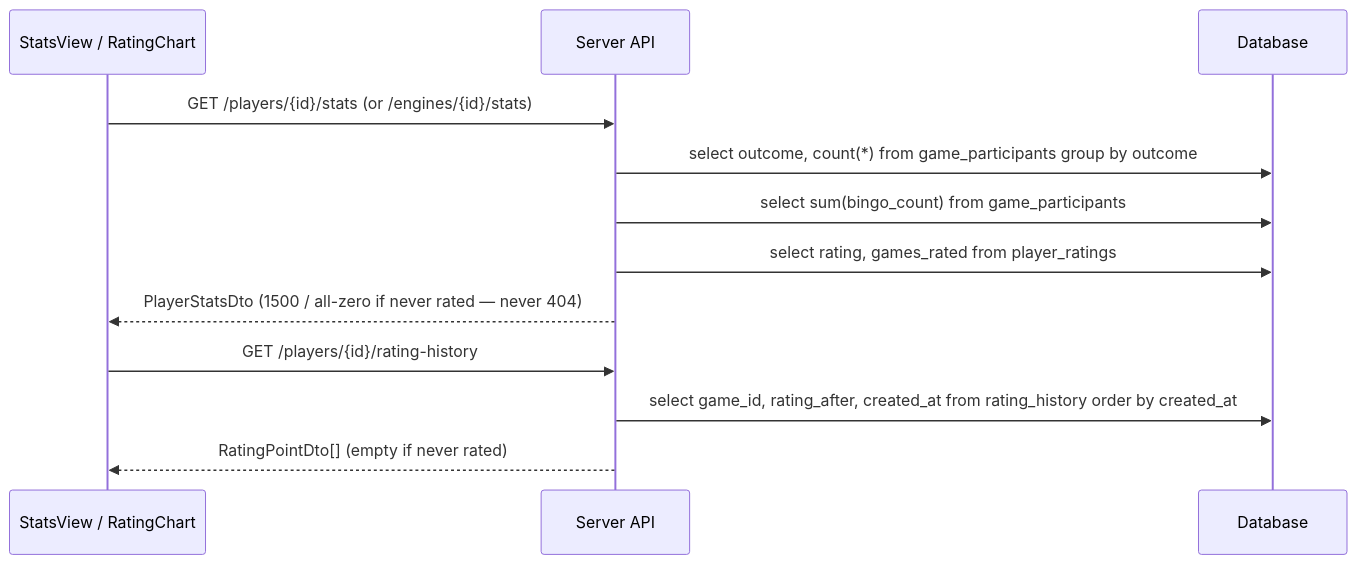
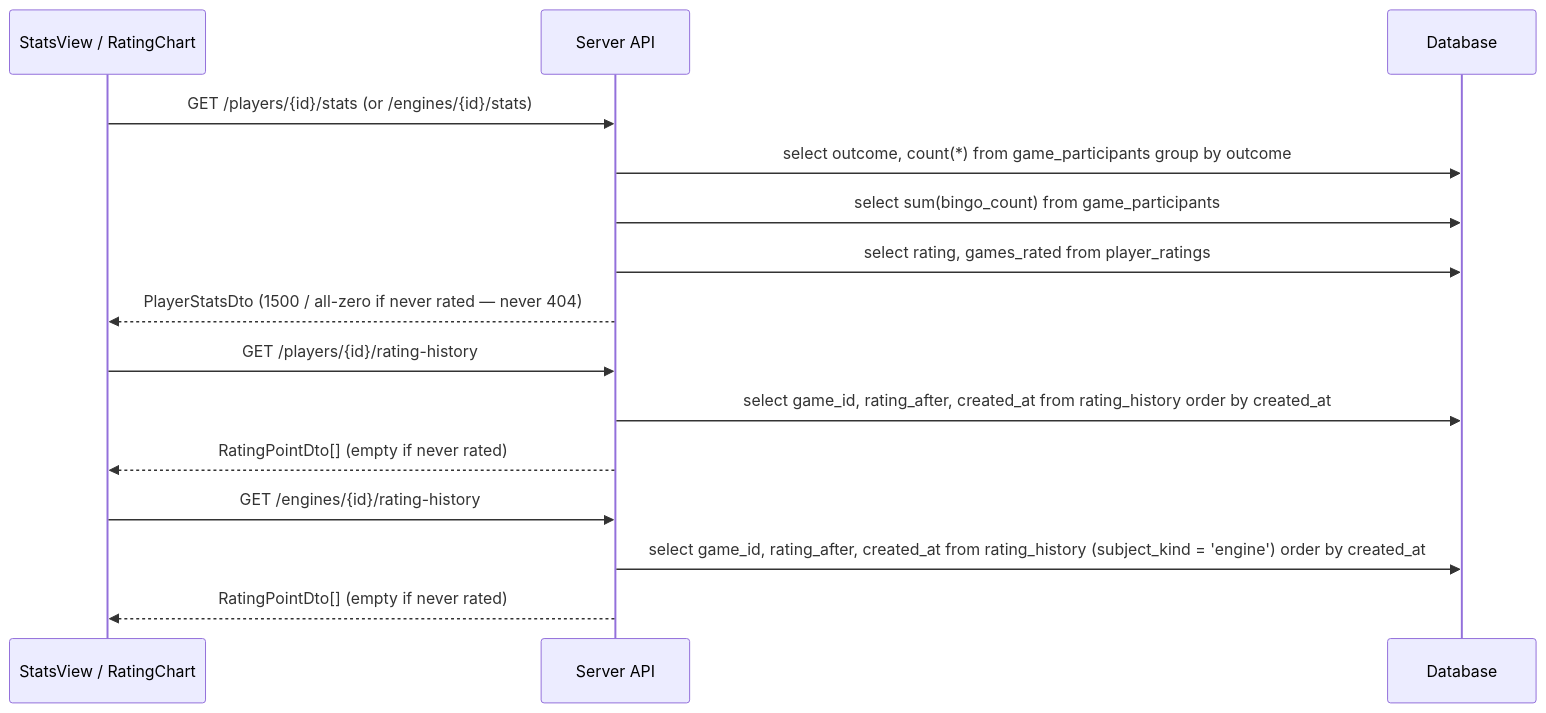
Before and after one commit to delphside/tile-lite-elite: the fifth of 9 diagrams in docs/4.4.3-api-schema.md, drawn with Mermaid. The commit also changed other lines of this file and 6 other files, not shown here.

````diff
--- a/docs/4.4.3-api-schema.md
+++ b/docs/4.4.3-api-schema.md
@@ -850,16 +910,20 @@
 ```mermaid
 sequenceDiagram
     participant Stats as StatsView / RatingChart
     participant API as Server API
     participant DB as Database
 
     Stats->>API: GET /players/{id}/stats (or /engines/{id}/stats)
     API->>DB: select outcome, count(*) from game_participants group by outcome
     API->>DB: select sum(bingo_count) from game_participants
     API->>DB: select rating, games_rated from player_ratings
     API-->>Stats: PlayerStatsDto (1500 / all-zero if never rated — never 404)
 
     Stats->>API: GET /players/{id}/rating-history
     API->>DB: select game_id, rating_after, created_at from rating_history order by created_at
     API-->>Stats: RatingPointDto[] (empty if never rated)
+
+    Stats->>API: GET /engines/{id}/rating-history
+    API->>DB: select game_id, rating_after, created_at from rating_history (subject_kind = 'engine') order by created_at
+    API-->>Stats: RatingPointDto[] (empty if never rated)
 ```
````
